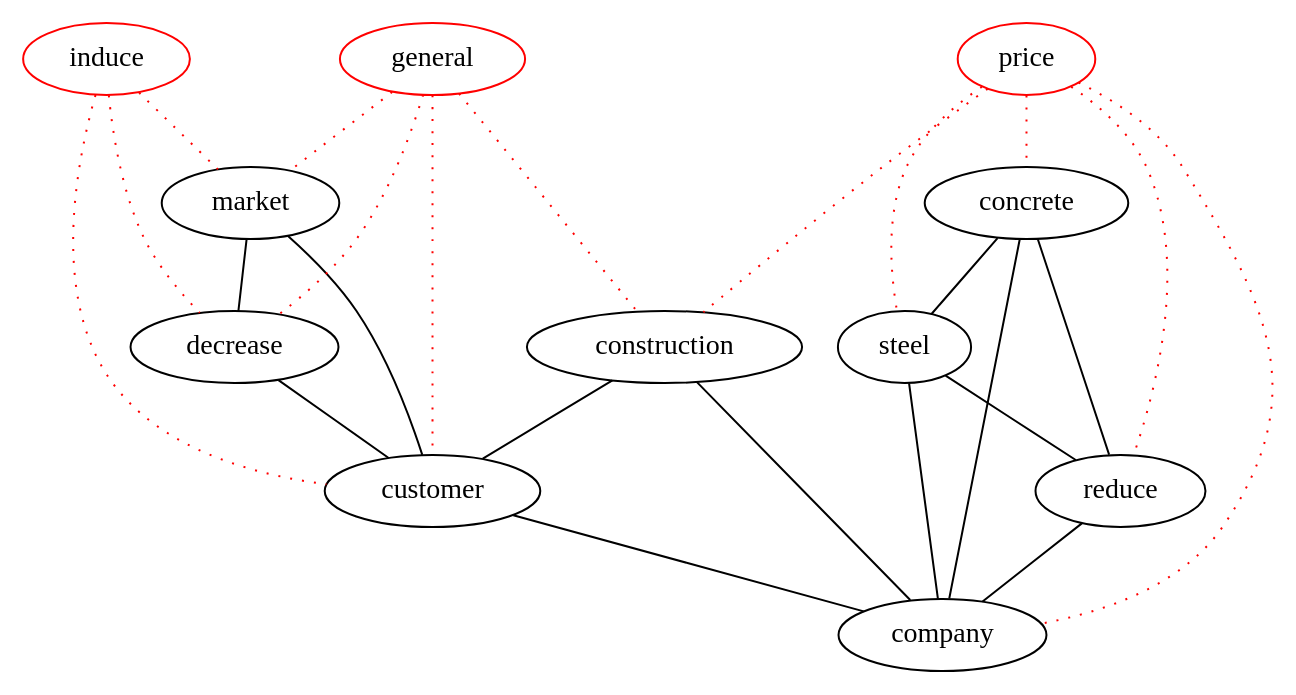
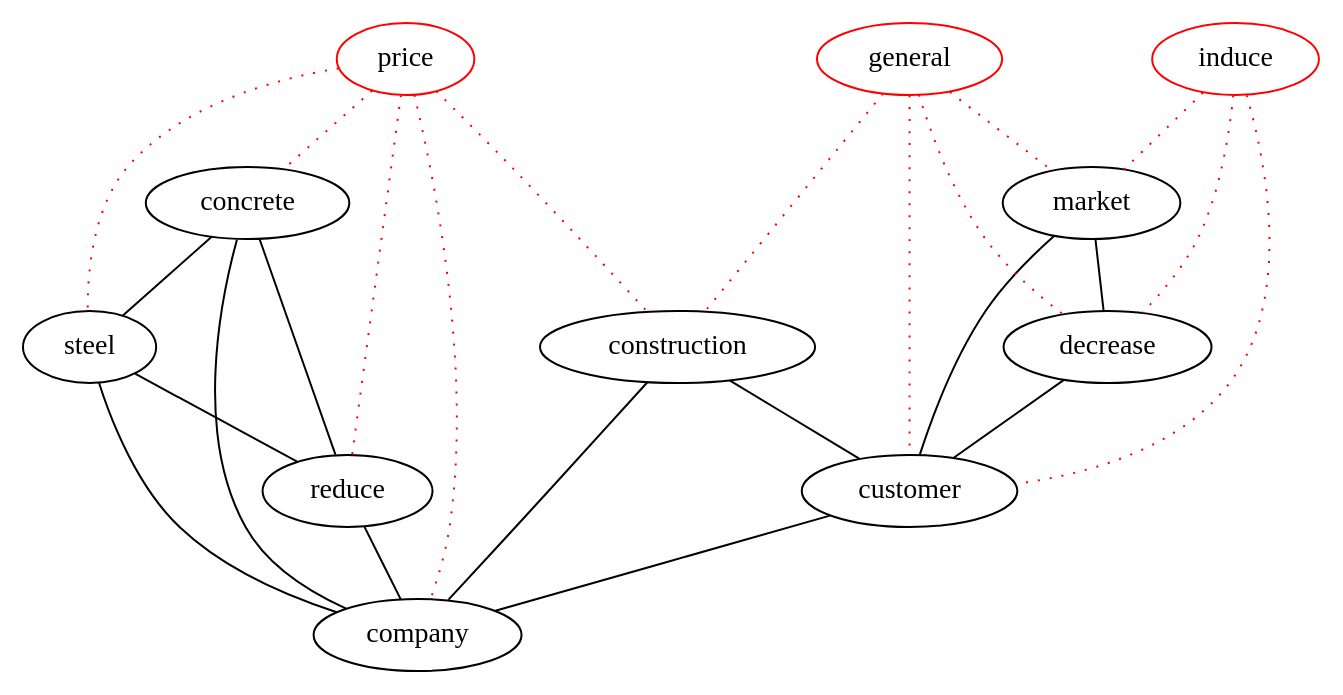
Before and after one commit to michaelweiss/keygraph: the diagram in dot/d2.dot, drawn with Graphviz. The commit also changed other lines of this file and 3 other files, not shown here.

```diff
--- a/dot/d2.dot
+++ b/dot/d2.dot
@@ -1,38 +1,38 @@
 graph keygraph {
 graph [size="10,10"]
+concrete [color="black"]
+construction [color="black"]
+market [color="black"]
+reduce [color="black"]
+decrease [color="black"]
 customer [color="black"]
-reduce [color="black"]
-market [color="black"]
+steel [color="black"]
 company [color="black"]
-steel [color="black"]
-construction [color="black"]
-decrease [color="black"]
-concrete [color="black"]
-price [color="red"]
 general [color="red"]
 induce [color="red"]
+price [color="red"]
 construction--customer
 construction--company
 concrete--reduce
 steel--reduce
 customer--company
 market--decrease
 market--customer
 decrease--customer
 concrete--steel
 concrete--company
 steel--company
 reduce--company
-induce--customer [color="red", style="dotted"]
 induce--market [color="red", style="dotted"]
 induce--decrease [color="red", style="dotted"]
+induce--customer [color="red", style="dotted"]
+general--construction [color="red", style="dotted"]
+general--market [color="red", style="dotted"]
+general--decrease [color="red", style="dotted"]
 general--customer [color="red", style="dotted"]
-general--market [color="red", style="dotted"]
-general--construction [color="red", style="dotted"]
-general--decrease [color="red", style="dotted"]
+price--concrete [color="red", style="dotted"]
+price--construction [color="red", style="dotted"]
 price--reduce [color="red", style="dotted"]
+price--steel [color="red", style="dotted"]
 price--company [color="red", style="dotted"]
-price--steel [color="red", style="dotted"]
-price--construction [color="red", style="dotted"]
-price--concrete [color="red", style="dotted"]
 }
```
